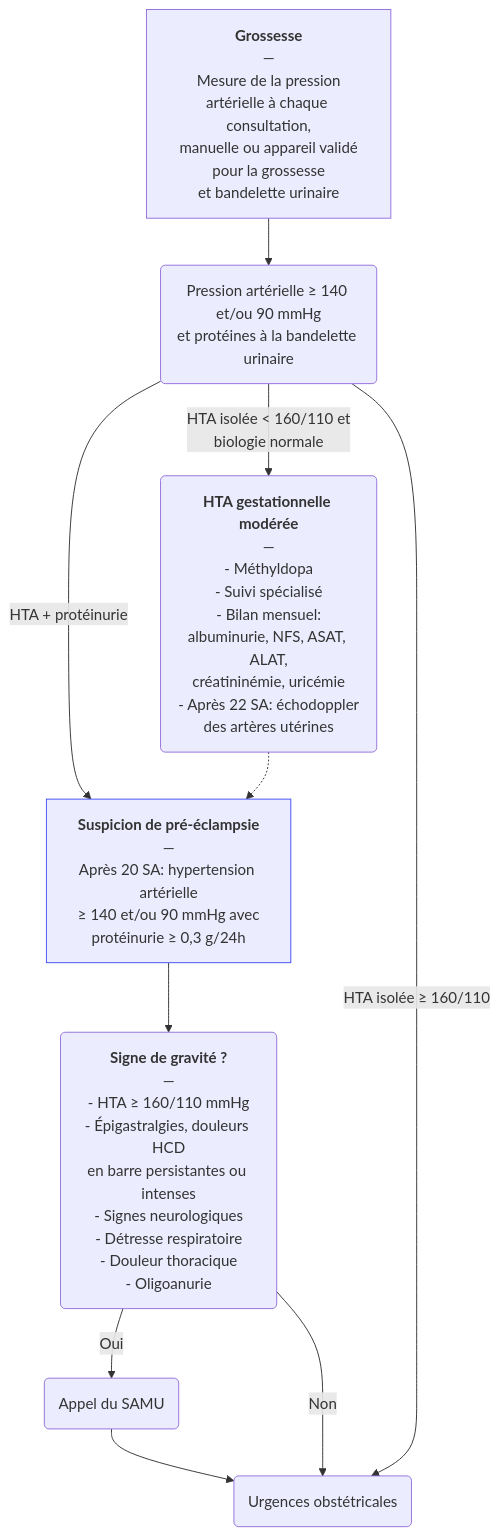
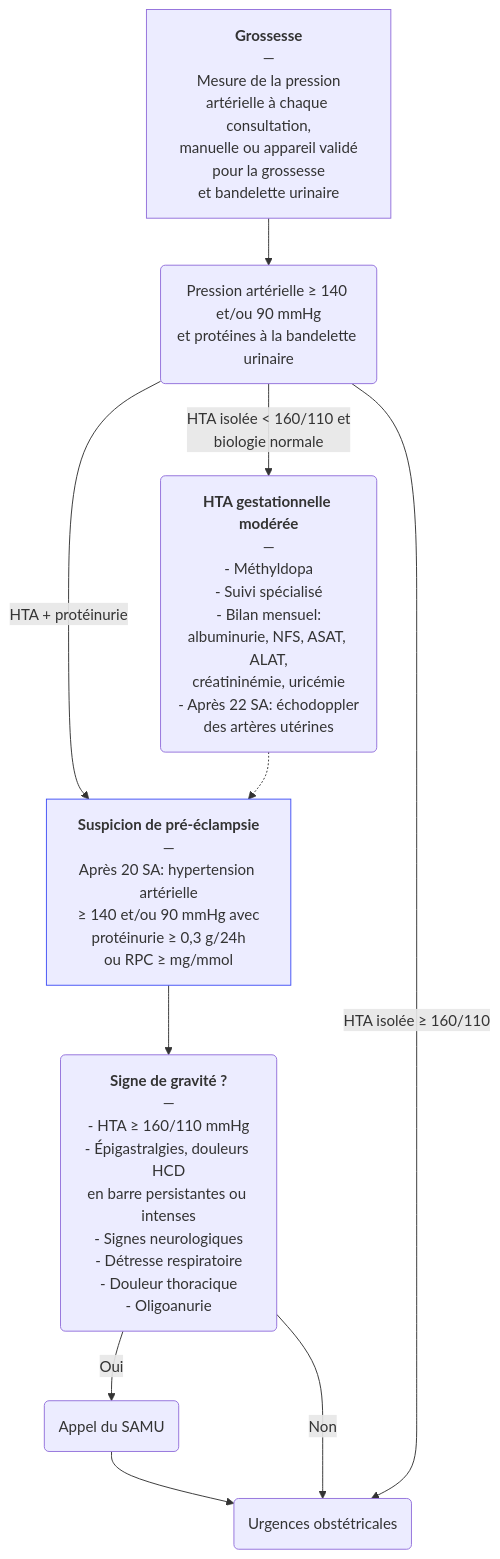
The diagram in content/recommandations/pre-eclampsie.md (djibe/recommandations-medicales), drawn with Mermaid before and after one commit. The commit also changed other lines of this file and 8 other files, not shown here.

```diff
--- a/content/recommandations/pre-eclampsie.md
+++ b/content/recommandations/pre-eclampsie.md
@@ -225,8 +239,8 @@
 {{< mermaid title="Prise en charge de la pré-éclampsie par le médecin généraliste. Dr JB Fron d'après CNGOF et SFAR" >}}
 graph TB
-  suspicion["<b>Grossesse</b><br>—<br>Mesure de la pression<br>artérielle à chaque consultation,<br>manuelle ou appareil validé<br>pour la grossesse<br>et bandelette urinaire"] --> cabinet("Pression artérielle ≥ 140 et/ou 90 mmHg<br>et protéines à la bandelette urinaire") -- HTA + protéinurie --> prééclampsie["<b>Suspicion de pré-éclampsie</b><br>—<br>Après 20 SA: hypertension artérielle<br>≥ 140 et/ou 90 mmHg avec<br>protéinurie ≥ 0,3 g/24h"] --> gravité("<b>Signe de gravité ?</b><br>—<br>- HTA ≥ 160/110 mmHg<br>- Épigastralgies, douleurs HCD<br>en barre persistantes ou intenses<br>- Signes neurologiques<br>- Détresse respiratoire<br>- Douleur thoracique<br>- Oligoanurie") -- Oui --> SAMU(Appel du SAMU) --> urgences(Urgences obstétricales)
+  suspicion["<b>Grossesse</b><br>—<br>Mesure de la pression<br>artérielle à chaque consultation,<br>manuelle ou appareil validé<br>pour la grossesse<br>et bandelette urinaire"] --> cabinet("Pression artérielle ≥ 140 et/ou 90 mmHg<br>et protéines à la bandelette urinaire") -- HTA + protéinurie --> prééclampsie["<b>Suspicion de pré-éclampsie</b><br>—<br>Après 20 SA: hypertension artérielle<br>≥ 140 et/ou 90 mmHg avec<br>protéinurie ≥ 0,3 g/24h<br>ou RPC ≥ mg/mmol"] --> gravité("<b>Signe de gravité ?</b><br>—<br>- HTA ≥ 160/110 mmHg<br>- Épigastralgies, douleurs HCD<br>en barre persistantes ou intenses<br>- Signes neurologiques<br>- Détresse respiratoire<br>- Douleur thoracique<br>- Oligoanurie") -- Oui --> SAMU(Appel du SAMU) --> urgences(Urgences obstétricales)
     gravité -- Non --> urgences
       cabinet -- "HTA isolée ≥ 160/110" --> urgences
       cabinet -- "HTA isolée &lt; 160/110 et<br>biologie normale" --> HTA("<b>HTA gestationnelle modérée</b><br>—<br>- Méthyldopa<br>- Suivi spécialisé<br>- Bilan mensuel:<br>albuminurie, NFS, ASAT, ALAT,<br>créatininémie, uricémie<br>- Après 22 SA: échodoppler<br>des artères utérines") -.-> prééclampsie
   style prééclampsie stroke:#4150f5, stroke-width:1px
 {{< /mermaid >}}
```
